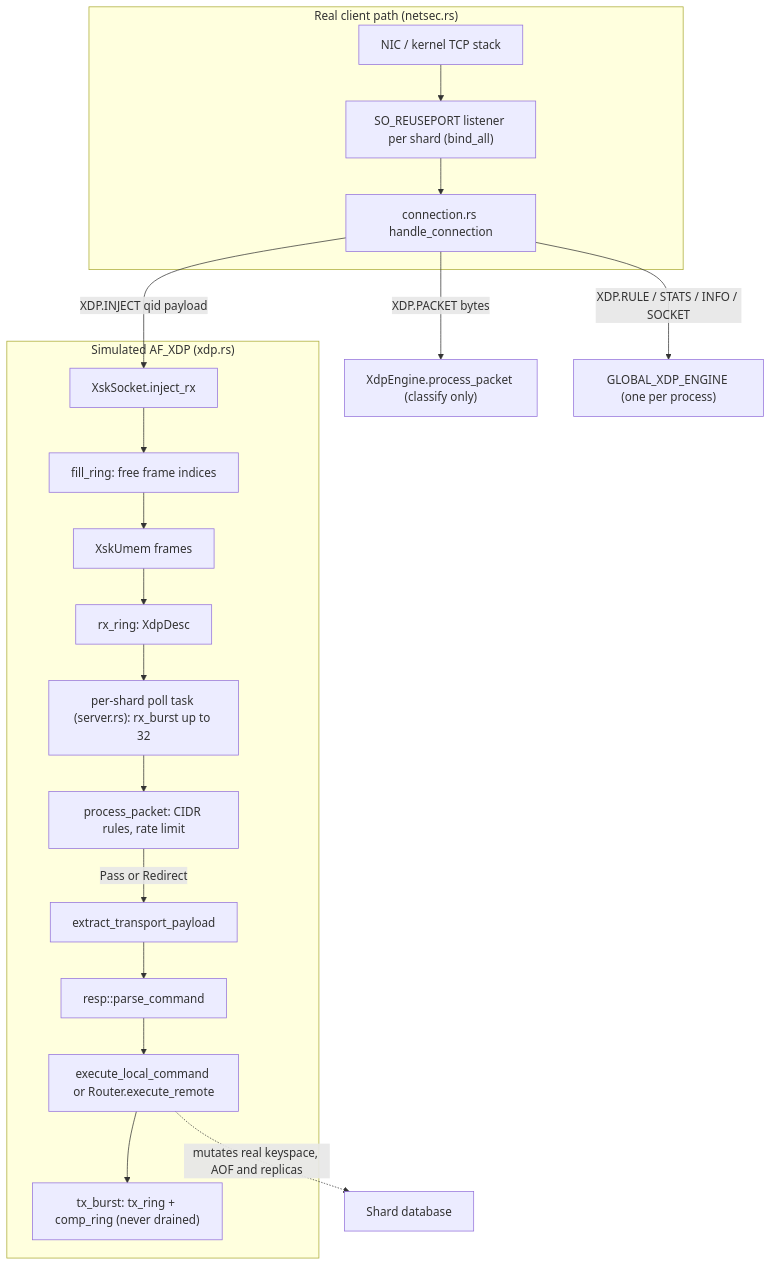
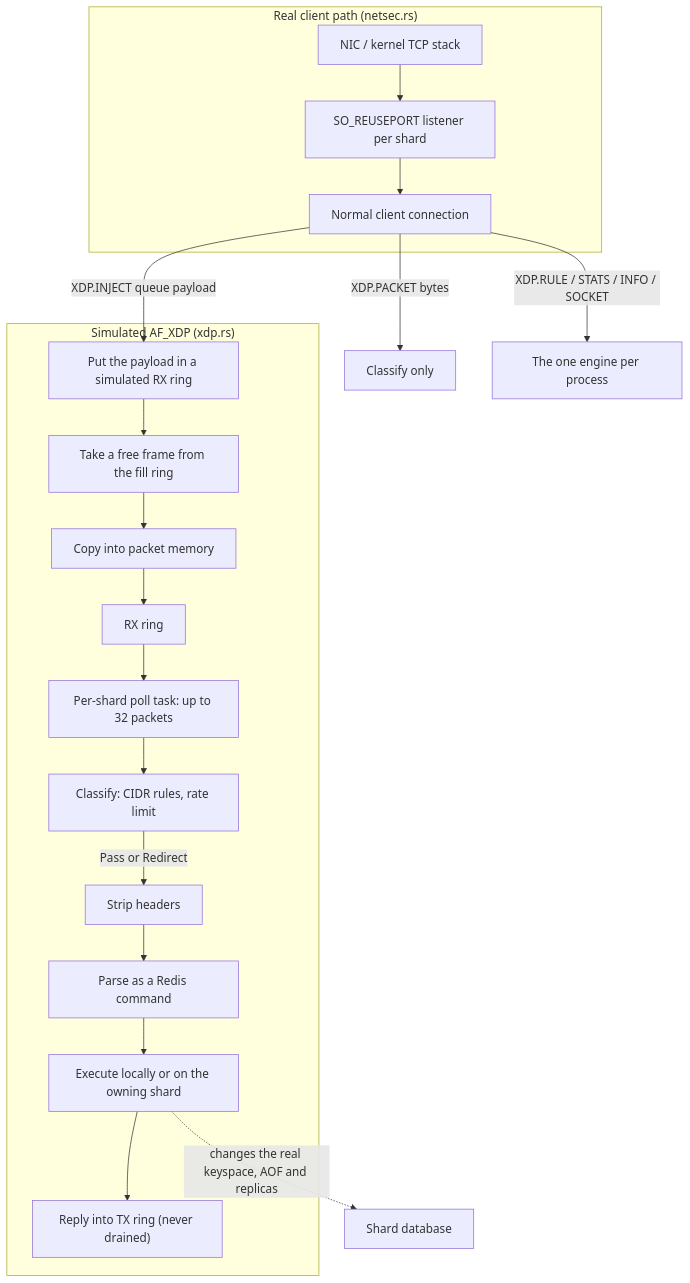
Before and after one commit to warrenzhu25/rudis: the first of 2 diagrams in docs/internal/10_kernel_bypass_xdp.md, drawn with Mermaid. The commit also changed other lines of this file, not shown here.

First line of the commit message:
docs(internal): rewrite kernel bypass guide in the prose-first style

````diff
--- a/docs/internal/10_kernel_bypass_xdp.md
+++ b/docs/internal/10_kernel_bypass_xdp.md
@@ -40,25 +42,25 @@
 ```mermaid
 flowchart TD
     subgraph Real["Real client path (netsec.rs)"]
-        NIC["NIC / kernel TCP stack"] --> L["SO_REUSEPORT listener per shard (bind_all)"]
-        L --> CONN["connection.rs handle_connection"]
+        NIC["NIC / kernel TCP stack"] --> L["SO_REUSEPORT listener per shard"]
+        L --> CONN["Normal client connection"]
     end
 
-    CONN -->|"XDP.INJECT qid payload"| INJ["XskSocket.inject_rx"]
-    CONN -->|"XDP.PACKET bytes"| PP1["XdpEngine.process_packet (classify only)"]
-    CONN -->|"XDP.RULE / STATS / INFO / SOCKET"| ENG["GLOBAL_XDP_ENGINE (one per process)"]
+    CONN -->|"XDP.INJECT queue payload"| INJ["Put the payload in a simulated RX ring"]
+    CONN -->|"XDP.PACKET bytes"| PP1["Classify only"]
+    CONN -->|"XDP.RULE / STATS / INFO / SOCKET"| ENG["The one engine per process"]
 
     subgraph Sim["Simulated AF_XDP (xdp.rs)"]
-        INJ --> FILL["fill_ring: free frame indices"]
-        FILL --> UMEM["XskUmem frames"]
-        UMEM --> RX["rx_ring: XdpDesc"]
-        RX --> POLL["per-shard poll task (server.rs): rx_burst up to 32"]
-        POLL --> PP2["process_packet: CIDR rules, rate limit"]
-        PP2 -->|"Pass or Redirect"| EXT["extract_transport_payload"]
-        EXT --> PARSE["resp::parse_command"]
-        PARSE --> EXEC["execute_local_command or Router.execute_remote"]
-        EXEC --> TX["tx_burst: tx_ring + comp_ring (never drained)"]
+        INJ --> FILL["Take a free frame from the fill ring"]
+        FILL --> UMEM["Copy into packet memory"]
+        UMEM --> RX["RX ring"]
+        RX --> POLL["Per-shard poll task: up to 32 packets"]
+        POLL --> PP2["Classify: CIDR rules, rate limit"]
+        PP2 -->|"Pass or Redirect"| EXT["Strip headers"]
+        EXT --> PARSE["Parse as a Redis command"]
+        PARSE --> EXEC["Execute locally or on the owning shard"]
+        EXEC --> TX["Reply into TX ring (never drained)"]
     end
 
-    EXEC -.->|"mutates real keyspace, AOF and replicas"| DB["Shard database"]
+    EXEC -.->|"changes the real keyspace, AOF and replicas"| DB["Shard database"]
 ```
````
